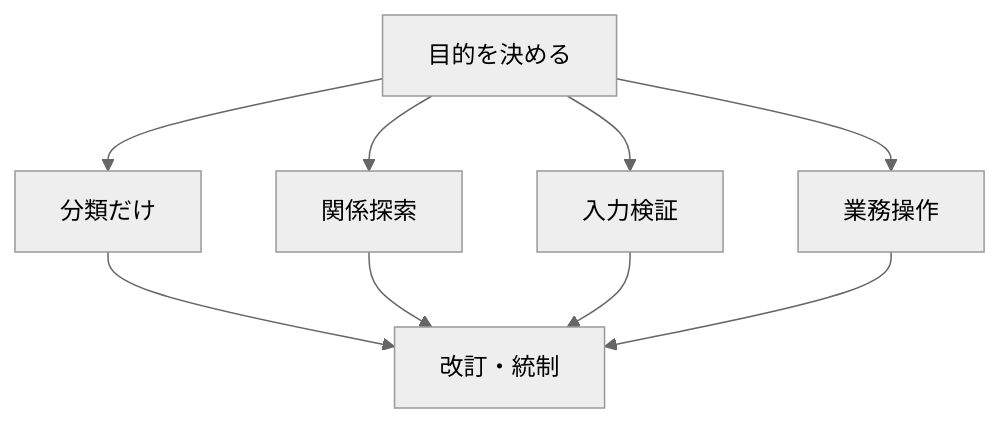
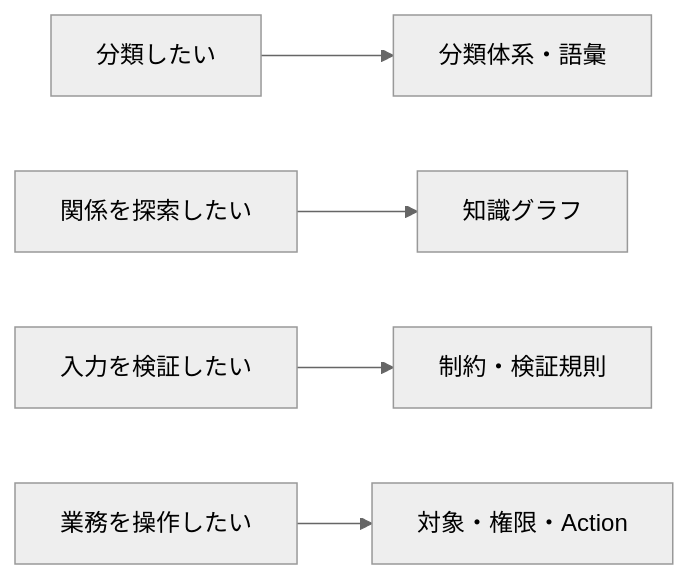
Before and after one commit to daylight55/research: the seventh of 8 diagrams in articles/report/ontology-concept/ja/index.mdx, drawn with Mermaid (neutral theme). The commit also changed other lines of this file and 181 other files, not shown here.

First line of the commit message:
全記事の図解368点を再生成し、共通注意書きを削除 (#402)

````diff
--- a/articles/report/ontology-concept/ja/index.mdx
+++ b/articles/report/ontology-concept/ja/index.mdx
@@ -327,11 +340,17 @@
 ```mermaid
-flowchart TD
-  Q["目的を決める"] --> Tax["分類だけ"]
-  Q --> KG["関係探索"]
-  Q --> Val["入力検証"]
-  Q --> Ops["業務操作"]
-  Tax --> Gov["改訂・統制"]
-  KG --> Gov
-  Val --> Gov
-  Ops --> Gov
+flowchart LR
+  accTitle: 目的に必要な形式化を選ぶ
+  accDescr: 分類、関係探索、入力検証、業務操作では必要な形式が違う。改訂と統制はどの選択にも必要になる。
+  N0["分類したい"]
+  N1["分類体系・語彙"]
+  N2["関係を探索したい"]
+  N3["知識グラフ"]
+  N4["入力を検証したい"]
+  N5["制約・検証規則"]
+  N6["業務を操作したい"]
+  N7["対象・権限・Action"]
+  N0 --> N1
+  N2 --> N3
+  N4 --> N5
+  N6 --> N7
 ```
````
